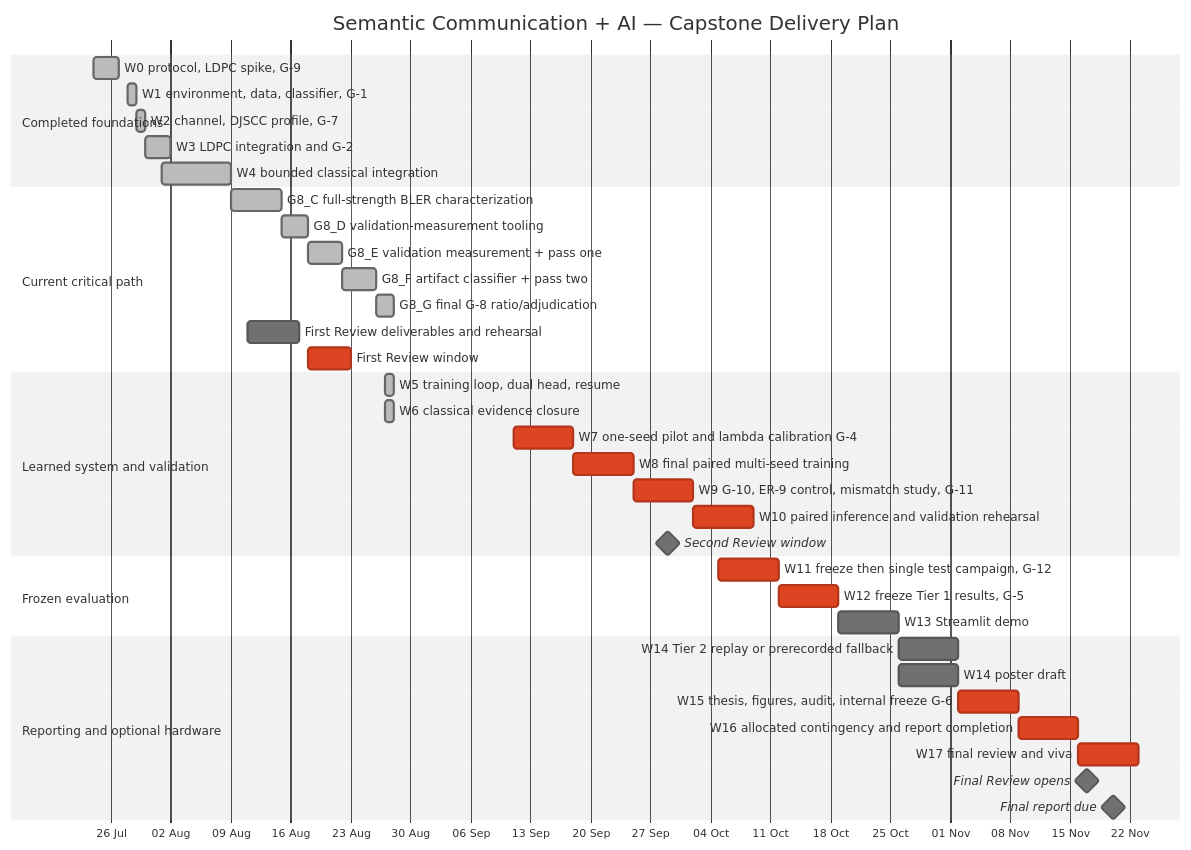
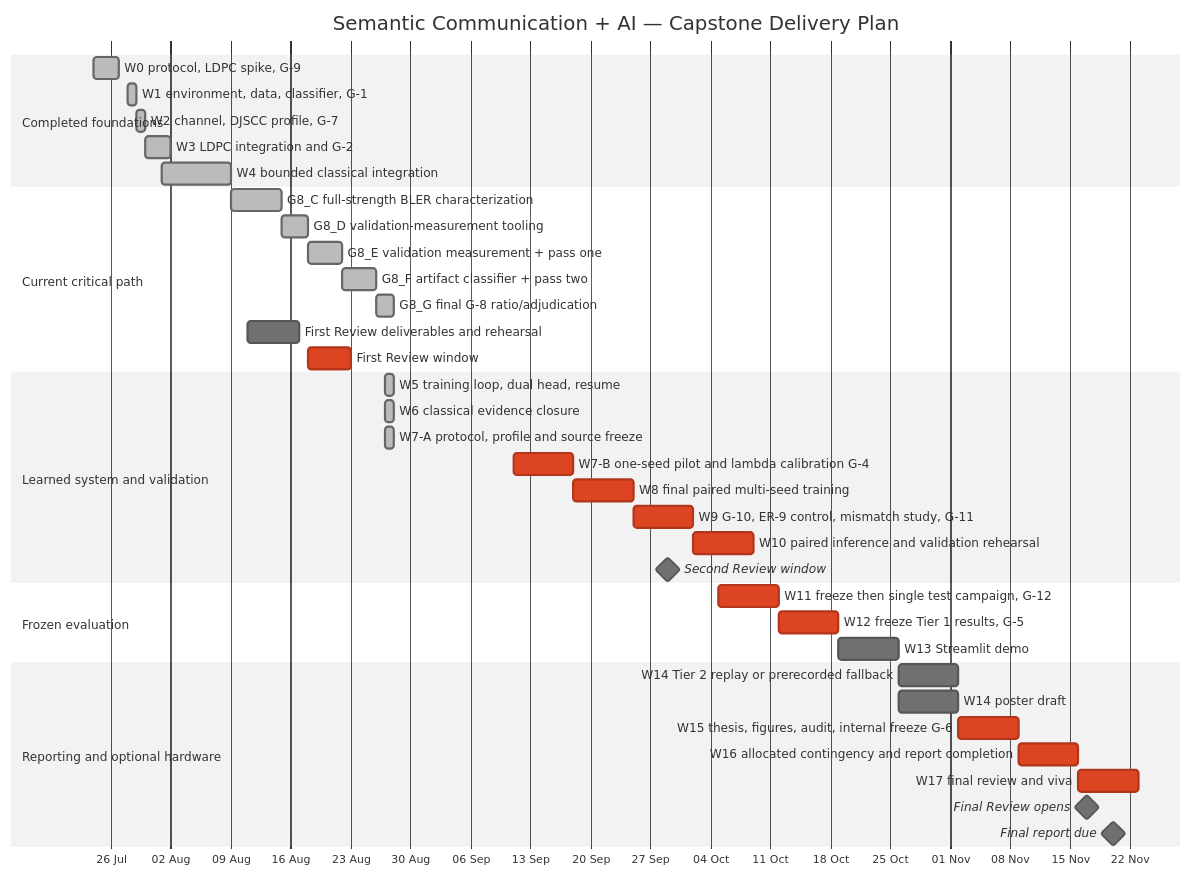
One commit to nxck2005/capstone changed the diagram in docs/gantt-plan.md. Above: the diagram before and after it, drawn with Mermaid (neutral theme). The commit also changed other lines of this file and 4 other files, not shown here.

````diff
--- a/docs/gantt-plan.md
+++ b/docs/gantt-plan.md
@@ -23,45 +27,46 @@
 ```mermaid
 gantt
     title Semantic Communication + AI — Capstone Delivery Plan
     dateFormat  YYYY-MM-DD
     axisFormat  %d %b
 
     section Completed foundations
     W0 protocol, LDPC spike, G-9                    :done, w0, 2026-07-24, 2026-07-27
     W1 environment, data, classifier, G-1           :done, w1, 2026-07-28, 2026-07-29
     W2 channel, DJSCC profile, G-7                  :done, w2, 2026-07-29, 2026-07-30
     W3 LDPC integration and G-2                     :done, w3, 2026-07-30, 2026-08-02
     W4 bounded classical integration                :done, w4, 2026-08-01, 2026-08-09
 
     section Current critical path
     G8_C full-strength BLER characterization        :done, g8c, 2026-08-09, 2026-08-15
     G8_D validation-measurement tooling             :done, g8d, after g8c, 3d
     G8_E validation measurement + pass one          :done, g8e, 2026-08-18, 4d
     G8_F artifact classifier + pass two             :done, g8f, 2026-08-22, 4d
     G8_G final G-8 ratio/adjudication               :done, g8g, 2026-08-26, 2d
     First Review deliverables and rehearsal         :reviewdocs, 2026-08-11, 2026-08-17
     First Review window                             :crit, r1, 2026-08-18, 5d
 
     section Learned system and validation
     W5 training loop, dual head, resume             :done, w5, 2026-08-27, 1d
     W6 classical evidence closure                   :done, w6, 2026-08-27, 1d
-    W7 one-seed pilot and lambda calibration G-4    :crit, w7, 2026-09-11, 7d
-    W8 final paired multi-seed training             :crit, w8, 2026-09-18, 7d
+    W7-A protocol, profile and source freeze        :done, w7a, 2026-08-27, 1d
+    W7-B one-seed pilot and lambda calibration G-4   :crit, w7, 2026-09-11, 7d
+    W8 final paired multi-seed training              :crit, w8, 2026-09-18, 7d
     W9 G-10, ER-9 control, mismatch study, G-11     :crit, w9, 2026-09-25, 7d
     W10 paired inference and validation rehearsal    :crit, w10, 2026-10-02, 7d
     Second Review window                            :milestone, r2, 2026-09-29, 0d
 
     section Frozen evaluation
     W11 freeze then single test campaign, G-12      :crit, w11, 2026-10-05, 7d
     W12 freeze Tier 1 results, G-5                  :crit, w12, 2026-10-12, 7d
     W13 Streamlit demo                              :w13, 2026-10-19, 7d
 
     section Reporting and optional hardware
     W14 Tier 2 replay or prerecorded fallback       :w14, 2026-10-26, 7d
     W14 poster draft                                :poster, 2026-10-26, 7d
     W15 thesis, figures, audit, internal freeze G-6 :crit, w15, 2026-11-02, 7d
     W16 allocated contingency and report completion :crit, w16, 2026-11-09, 7d
     W17 final review and viva                       :crit, w17, 2026-11-16, 7d
     Final Review opens                              :milestone, r3, 2026-11-17, 0d
     Final report due                                :milestone, report, 2026-11-20, 0d
 ```
````
